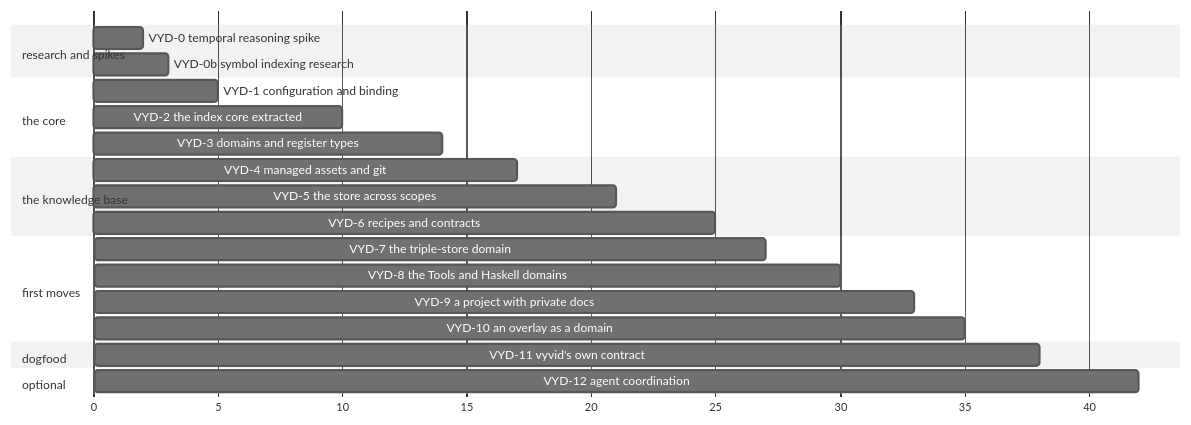
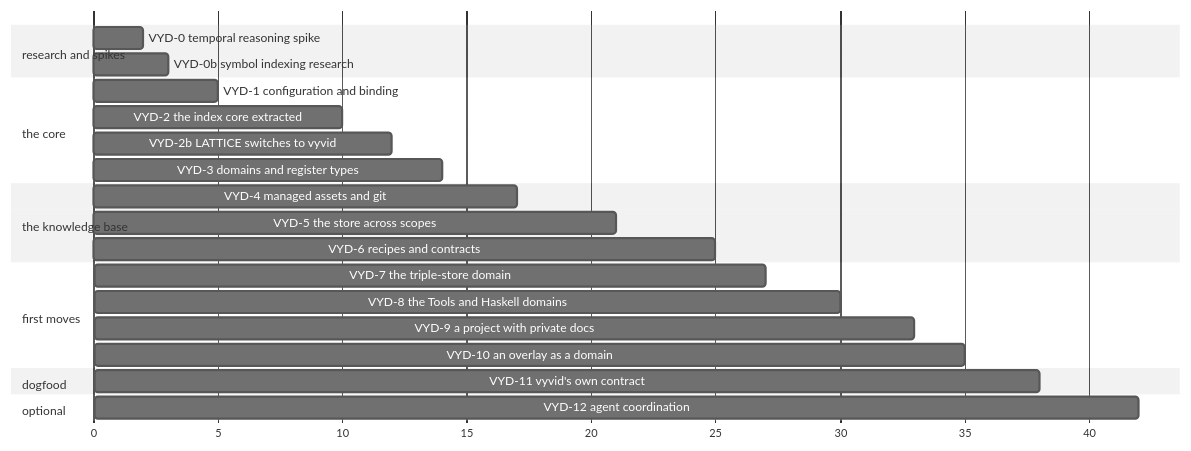
Before and after one commit to nebularis/vyvid: the diagram in docs/developer/plans/vyvid-framework.md, drawn with Mermaid (neutral theme). The commit also changed other lines of this file and 2 other files, not shown here.

First line of the commit message:
VYD-2 built, and LATTICE's switch to vyvid planned as VYD-2b

````diff
--- a/docs/developer/plans/vyvid-framework.md
+++ b/docs/developer/plans/vyvid-framework.md
@@ -17,25 +17,26 @@
 ```mermaid
 gantt
   dateFormat X
   axisFormat %s
   section research and spikes
   VYD-0 temporal reasoning spike      :s0, 0, 2
   VYD-0b symbol indexing research     :s0b, 0, 3
   section the core
   VYD-1 configuration and binding     :s1, 2, 5
   VYD-2 the index core extracted      :s2, 5, 10
+  VYD-2b LATTICE switches to vyvid    :s2b, 10, 12
   VYD-3 domains and register types    :s3, 10, 14
   section the knowledge base
   VYD-4 managed assets and git        :s4, 14, 17
   VYD-5 the store across scopes       :s5, 17, 21
   VYD-6 recipes and contracts         :s6, 21, 25
   section first moves
   VYD-7 the triple-store domain       :s7, 25, 27
   VYD-8 the Tools and Haskell domains :s8, 27, 30
   VYD-9 a project with private docs   :s9, 30, 33
   VYD-10 an overlay as a domain      :s10, 33, 35
   section dogfood
   VYD-11 vyvid's own contract         :s11, 35, 38
   section optional
   VYD-12 agent coordination           :s12, 38, 42
 ```
````
